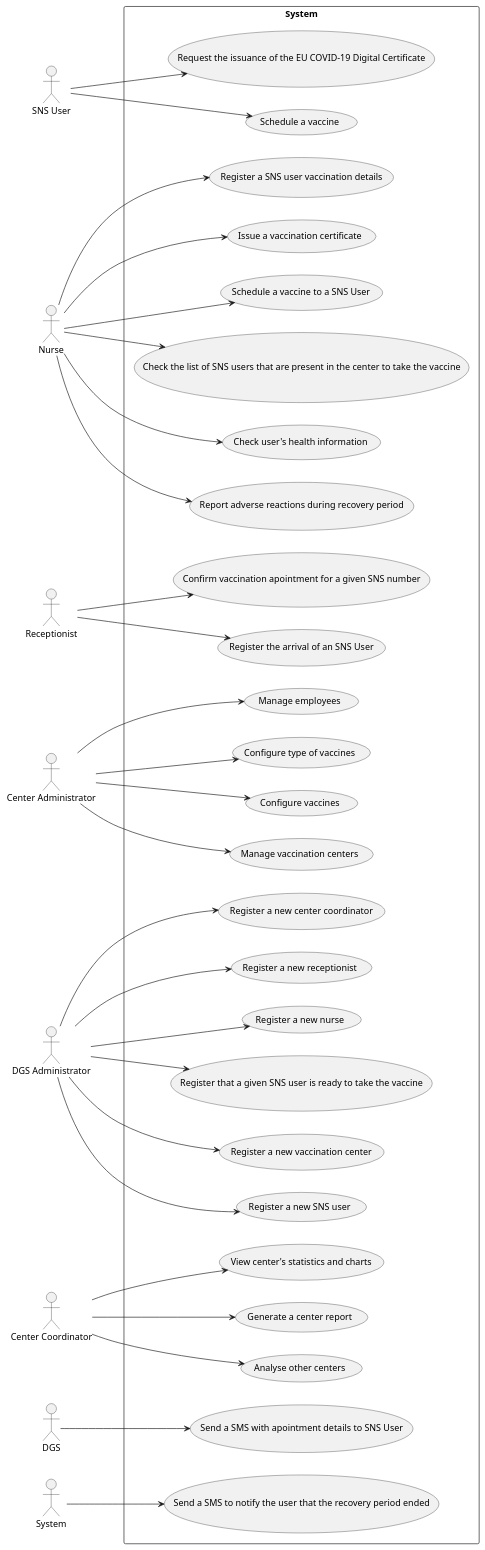
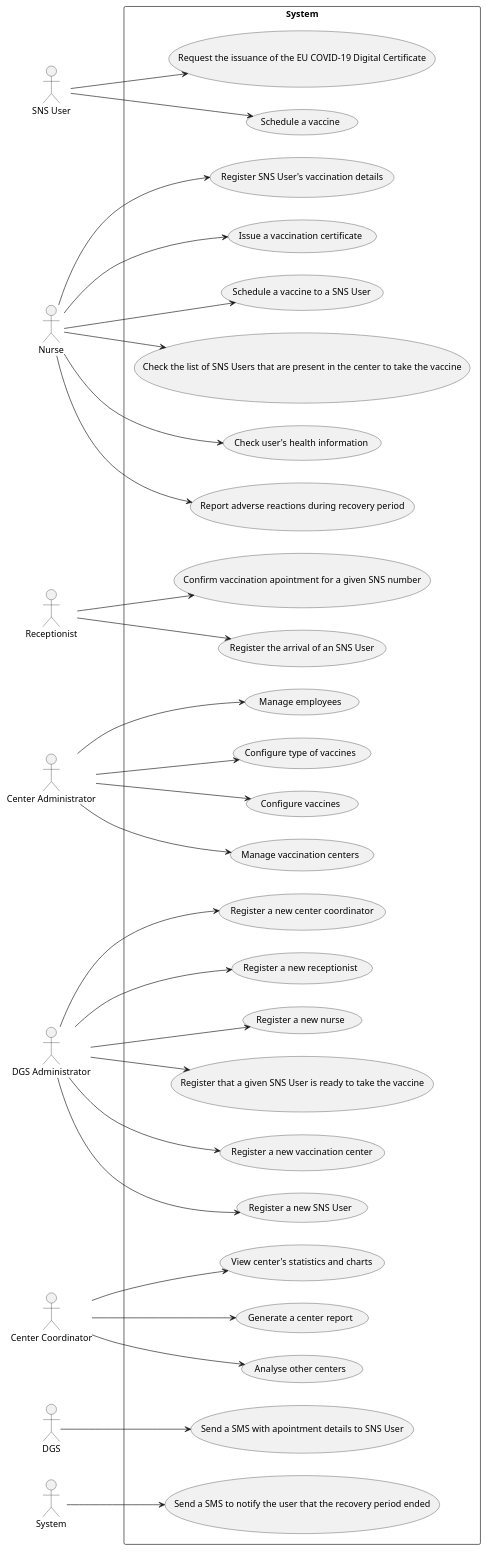
The diagram in docs/SprintA/UCD.puml (miseEnPlace-i/lapr2), drawn with PlantUML before and after one commit.

Commit message:
chore(ucd): language refinement

```diff
--- a/docs/SprintA/UCD.puml
+++ b/docs/SprintA/UCD.puml
@@ -1,68 +1,68 @@
 @startuml UCD
 
 left to right direction
 
 actor "SNS User" as user
 actor "Nurse" as nurse
 actor "Receptionist" as recept
 actor "Center Administrator" as cadmin
 actor "DGS Administrator" as dgsadmin
 actor "Center Coordinator" as coordinator
 actor "DGS" as dgs
 actor "System" as system
 
 rectangle System {
   usecase "Schedule a vaccine" as UC01
   usecase "Request the issuance of the EU COVID-19 Digital Certificate" as UC02
   usecase "Send a SMS with apointment details to SNS User" as UC03
   usecase "Issue a vaccination certificate" as UC04
   usecase "Schedule a vaccine to a SNS User" as UC05
-  usecase "Check the list of SNS users that are present in the center to take the vaccine" as UC06
+  usecase "Check the list of SNS Users that are present in the center to take the vaccine" as UC06
   usecase "Check user's health information" as UC07
   usecase "Report adverse reactions during recovery period" as UC08
-  usecase "Register a SNS user vaccination details" as UC09
+  usecase "Register SNS User's vaccination details" as UC09
   usecase "Register the arrival of an SNS User" as UC10
   usecase "Confirm vaccination apointment for a given SNS number" as UC11
-  usecase "Register that a given SNS user is ready to take the vaccine" as UC12
+  usecase "Register that a given SNS User is ready to take the vaccine" as UC12
   usecase "Register a new vaccination center" as UC13
-  usecase "Register a new SNS user" as UC14
+  usecase "Register a new SNS User" as UC14
   usecase "Register a new center coordinator" as UC15
   usecase "Register a new receptionist" as UC16
   usecase "Register a new nurse" as UC17
   usecase "View center's statistics and charts" as UC18
   usecase "Generate a center report" as UC19
   usecase "Analyse other centers" as UC20
   usecase "Configure type of vaccines" as UC21
   usecase "Configure vaccines" as UC22
   usecase "Manage vaccination centers" as UC23
   usecase "Manage employees" as UC24
   usecase "Send a SMS to notify the user that the recovery period ended" as US25
 }
 
 user --> UC01
 user --> UC02
 dgs --> UC03
 nurse --> UC04
 nurse --> UC05
 nurse --> UC06
 nurse --> UC07
 nurse --> UC08
 nurse --> UC09
 recept --> UC10
 recept --> UC11
 dgsadmin --> UC12
 dgsadmin --> UC13
 dgsadmin --> UC14
 dgsadmin --> UC15
 dgsadmin --> UC16
 dgsadmin --> UC17
 coordinator --> UC18
 coordinator --> UC19
 coordinator --> UC20
 cadmin --> UC21
 cadmin --> UC22
 cadmin --> UC23
 cadmin --> UC24
 system --> US25
 
 @enduml
```
